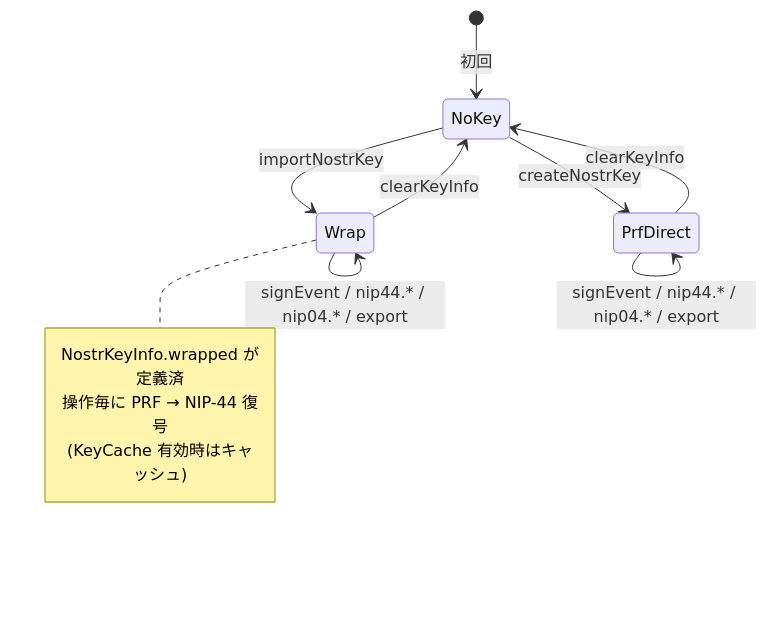
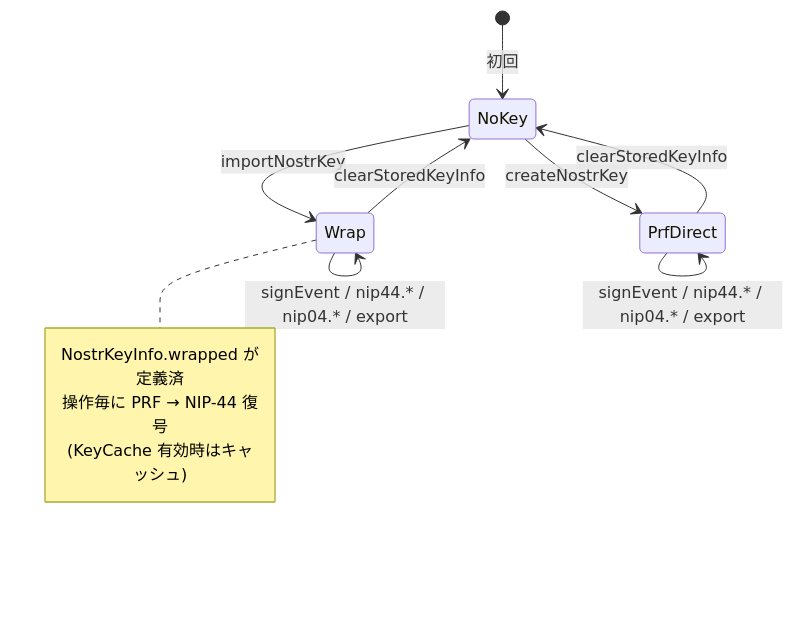
The eighth of 8 diagrams in docs/ja/design-existing-nsec-import.ja.md (ocknamo/nosskey-sdk), drawn with Mermaid before and after one commit. The commit also changed other lines of this file, not shown here.

````diff
--- a/docs/ja/design-existing-nsec-import.ja.md
+++ b/docs/ja/design-existing-nsec-import.ja.md
@@ -358,15 +366,15 @@
 ```mermaid
 stateDiagram-v2
   [*] --> NoKey: 初回
   NoKey --> PrfDirect: createNostrKey
   NoKey --> Wrap: importNostrKey
   PrfDirect --> PrfDirect: signEvent / nip44.* / nip04.* / export
   Wrap --> Wrap: signEvent / nip44.* / nip04.* / export
-  PrfDirect --> NoKey: clearKeyInfo
-  Wrap --> NoKey: clearKeyInfo
+  PrfDirect --> NoKey: clearStoredKeyInfo
+  Wrap --> NoKey: clearStoredKeyInfo
   note right of Wrap
     NostrKeyInfo.wrapped が定義済
     操作毎に PRF → NIP-44 復号
     (KeyCache 有効時はキャッシュ)
   end note
 ```
````
